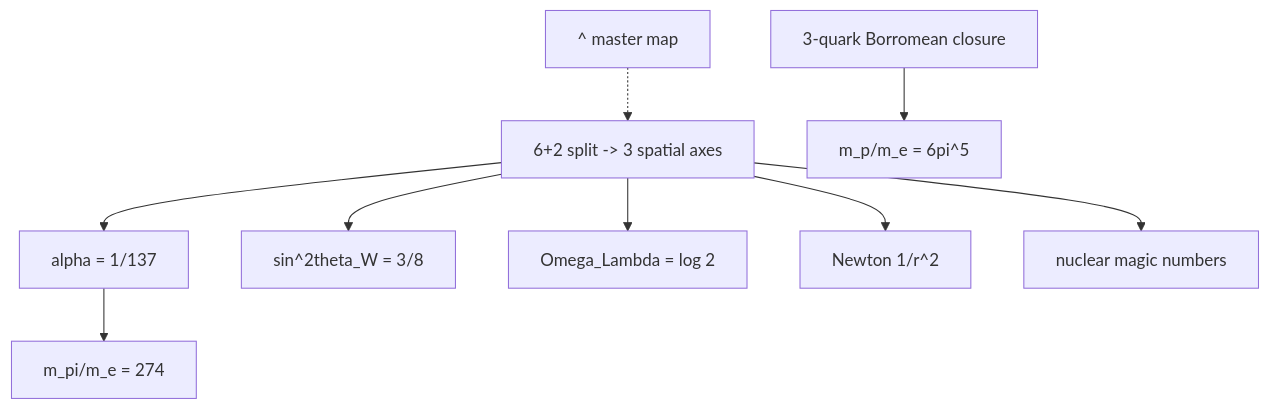
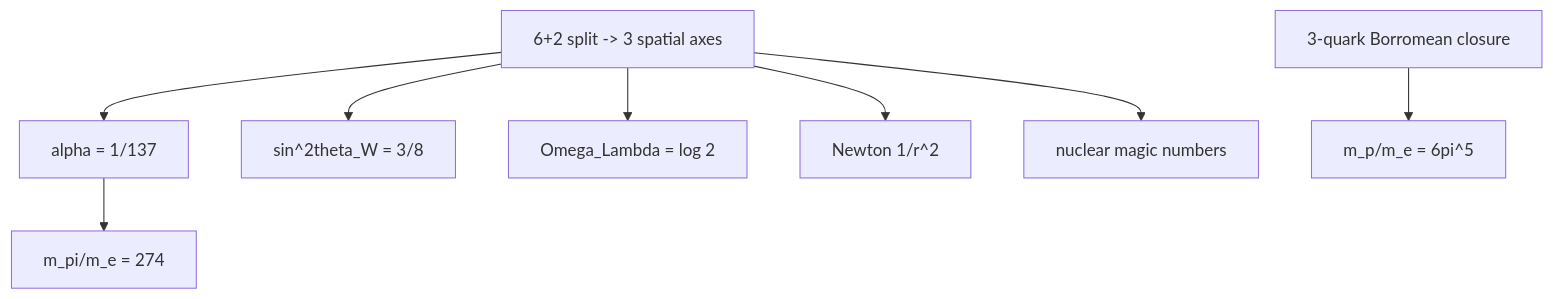
The third of 11 diagrams in FlowChart.md (jimscarver/quantum-logical-framework), drawn with Mermaid before and after one commit. The commit also changed other lines of this file, not shown here.

First line of the commit message:
FlowChart.md: drop sub-chart hub nodes + parentheses (GitHub render fixes)

````diff
--- a/FlowChart.md
+++ b/FlowChart.md
@@ -71,11 +71,11 @@
 ```mermaid
 flowchart TD
-  H2["^ master map"] -.-> SP["6+2 split -> 3 spatial axes"]
+  SP["6+2 split -> 3 spatial axes"]
   SP --> AL["alpha = 1/137"]
   SP --> WK["sin^2theta_W = 3/8"]
   SP --> OL["Omega_Lambda = log 2"]
   SP --> NW["Newton 1/r^2"]
   SP --> MG["nuclear magic numbers"]
   S2["3-quark Borromean closure"] --> MP["m_p/m_e = 6pi^5"]
   AL --> MPI["m_pi/m_e = 274"]
 ```
````
